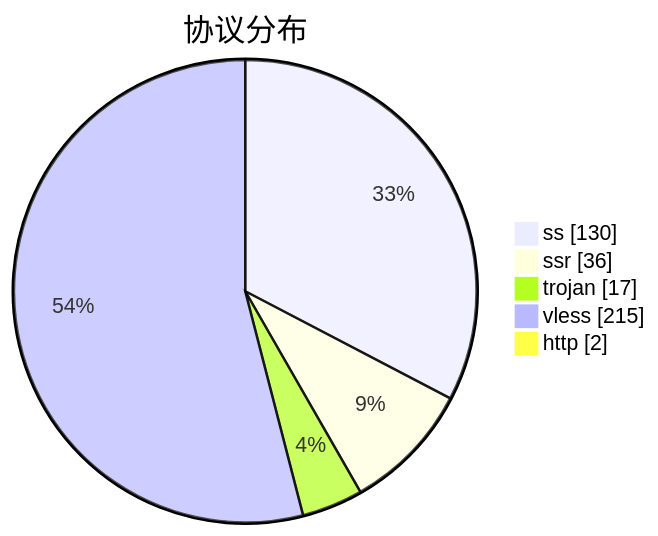
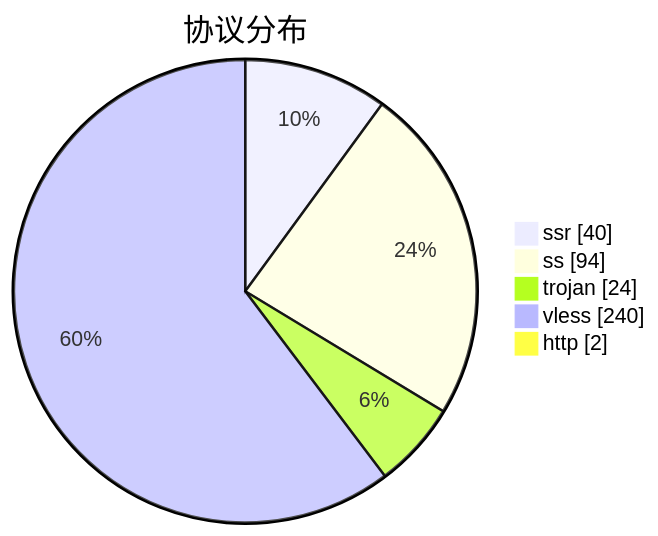
One commit to qjlxg/airport changed the third of 3 diagrams in subs/statistics/tested_within.md. Above: the diagram before and after it, drawn with Mermaid. The commit also changed other lines of this file and 2 other files, not shown here.

````diff
--- a/subs/statistics/tested_within.md
+++ b/subs/statistics/tested_within.md
@@ -19,9 +19,9 @@
 ```mermaid
 pie showData
 title 协议分布
-"ss" : 130
-"ssr" : 36
-"trojan" : 17
-"vless" : 215
+"ssr" : 40
+"ss" : 94
+"trojan" : 24
+"vless" : 240
 "http" : 2
 ```
````
